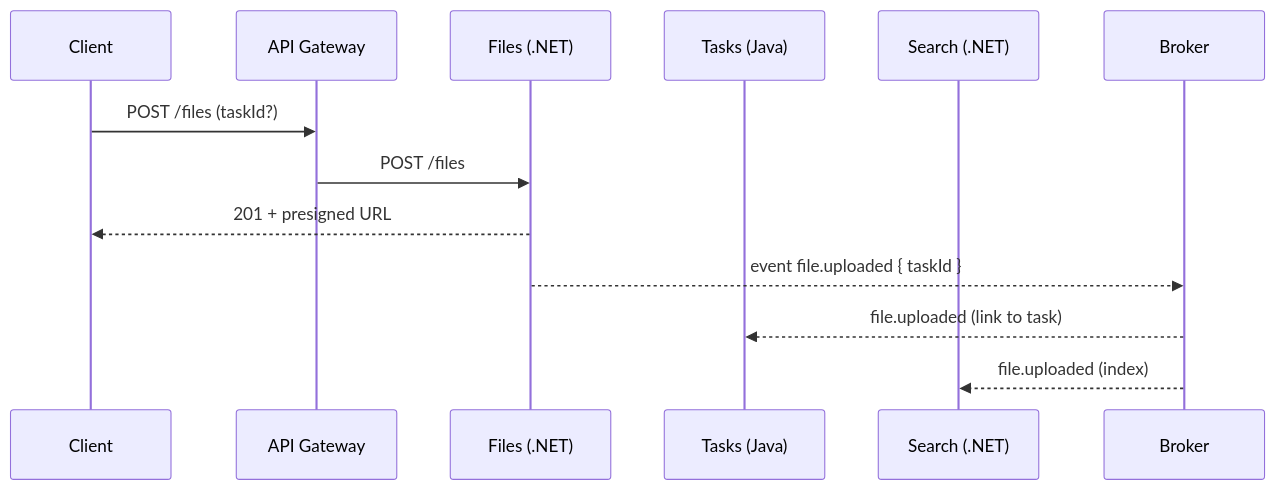
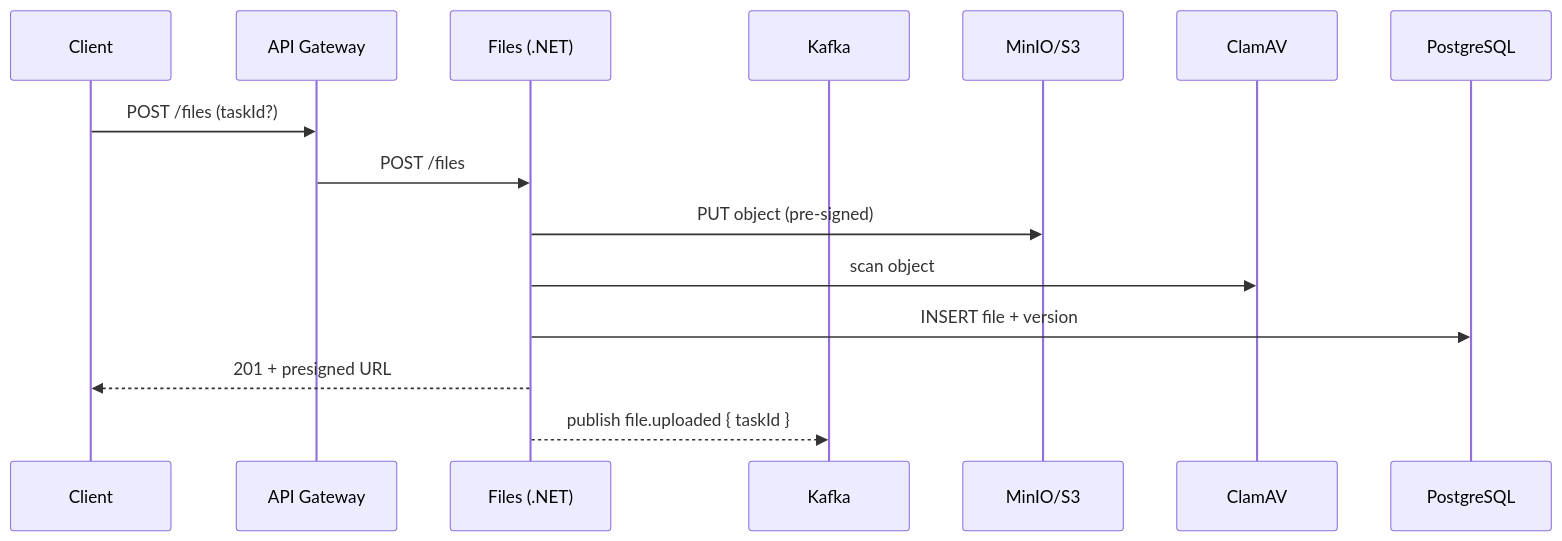
The fifth of 5 diagrams in docs/interservice-diagrams.md (maximfersko/TaskForge), drawn with Mermaid before and after one commit. The commit also changed other lines of this file, not shown here.

Commit message:
refactoring main service diagram

````diff
--- a/docs/interservice-diagrams.md
+++ b/docs/interservice-diagrams.md
@@ -67,16 +222,18 @@
 ```mermaid
 sequenceDiagram
   participant C as Client
   participant GW as API Gateway
   participant F as Files (.NET)
-  participant T as Tasks (Java)
-  participant S as Search (.NET)
-  participant B as Broker
+  participant B as Kafka
+  participant S3 as MinIO/S3
+  participant CL as ClamAV
+  participant PG as PostgreSQL
 
   C->>GW: POST /files (taskId?)
   GW->>F: POST /files
+  F->>S3: PUT object (pre-signed)
+  F->>CL: scan object
+  F->>PG: INSERT file + version
   F-->>C: 201 + presigned URL
-  F-->>B: event file.uploaded { taskId }
-  B-->>T: file.uploaded (link to task)
-  B-->>S: file.uploaded (index)
+  F-->>B: publish file.uploaded { taskId }
 ```
````
